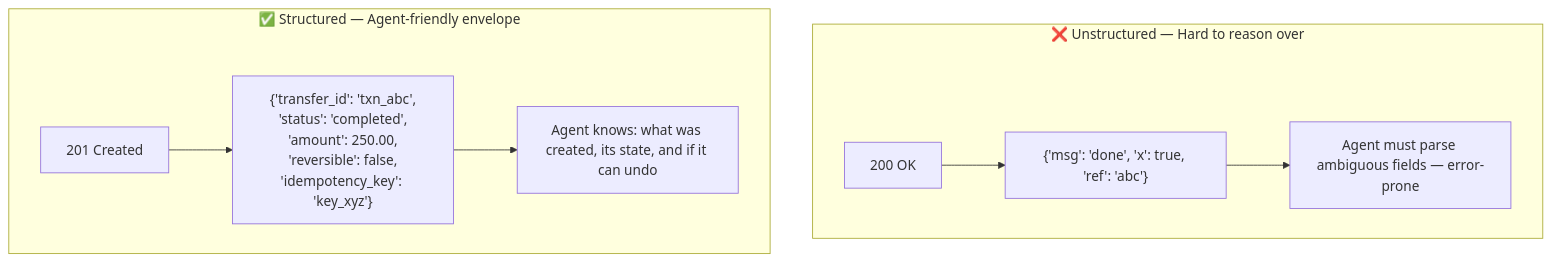
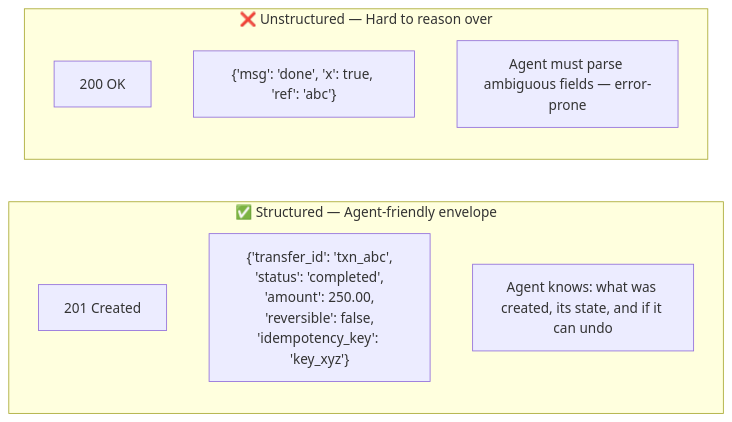
One commit to romangurevitch/GoTraining changed the fifth of 7 diagrams in internal/fundamentals/the-agentic-future/01-designing-apis-for-ai-consumption.md. Above: the diagram before and after it, drawn with Mermaid. The commit also changed other lines of this file and 20 other files, not shown here.

````diff
--- a/internal/fundamentals/the-agentic-future/01-designing-apis-for-ai-consumption.md
+++ b/internal/fundamentals/the-agentic-future/01-designing-apis-for-ai-consumption.md
@@ -105,21 +107,18 @@
 ```mermaid
-graph TB
+graph TD
     subgraph Bad["❌ Unstructured — Hard to reason over"]
-        SPACE1["  "]
+        direction TB
         BR1["200 OK"]
         BR2["{'msg': 'done', 'x': true, 'ref': 'abc'}"]
         BR3["Agent must parse ambiguous fields — error-prone"]
-        BR1 --> BR2 --> BR3
     end
 
+    Bad ~~~ Good
+
     subgraph Good["✅ Structured — Agent-friendly envelope"]
-        SPACE2["  "]
+        direction TB
         GR1["201 Created"]
         GR2["{'transfer_id': 'txn_abc',<br/>'status': 'completed',<br/>'amount': 250.00,<br/>'reversible': false,<br/>'idempotency_key': 'key_xyz'}"]
         GR3["Agent knows: what was created, its state, and if it can undo"]
-        GR1 --> GR2 --> GR3
     end
-
-    style SPACE1 fill:none,stroke:none
-    style SPACE2 fill:none,stroke:none
 ```
````
